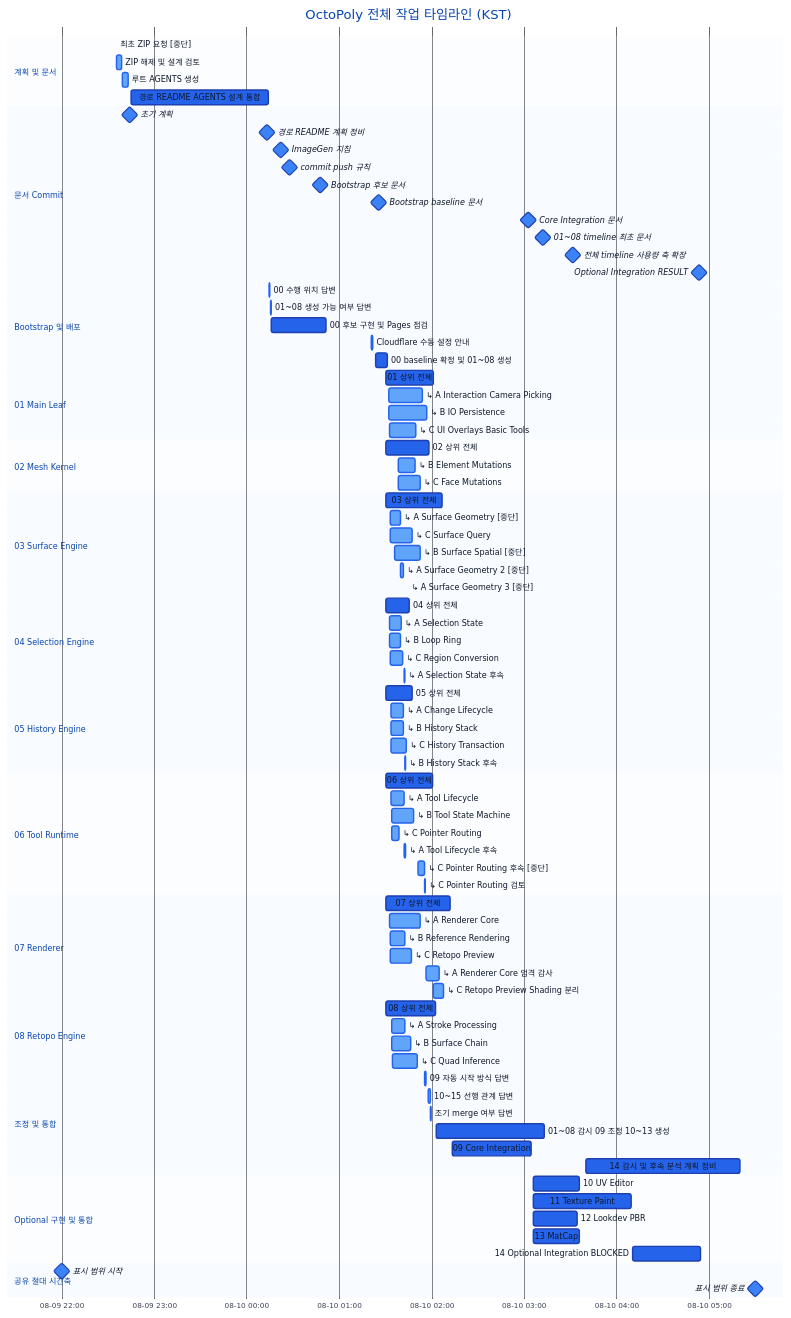
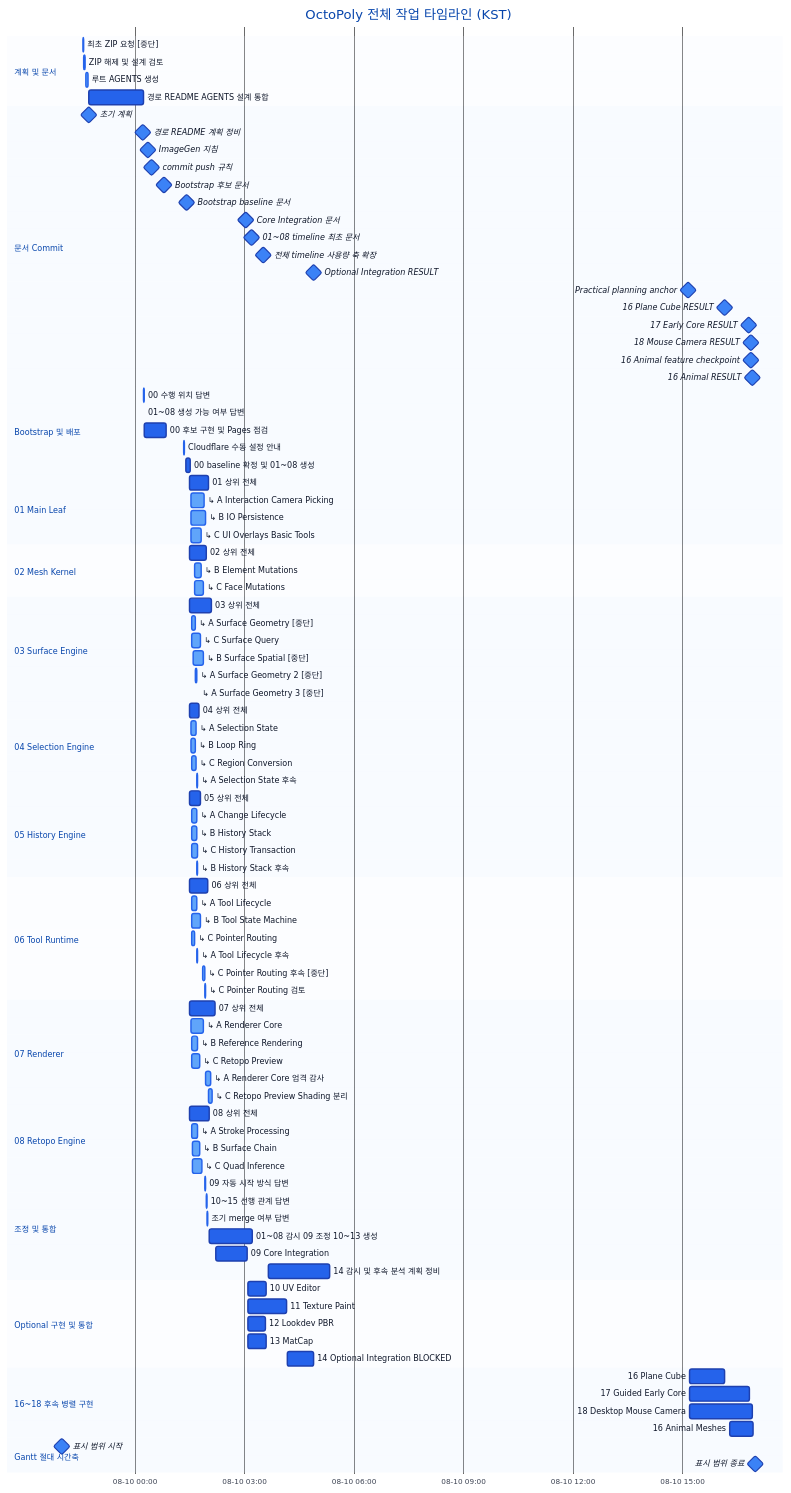
One commit to octopus7/octopoly changed the diagram in docs/workplan/OCTOPOLY_TASK_TIMELINE.md. Above: the diagram before and after it, drawn with Mermaid. The commit also changed other lines of this file, not shown here.

Commit message:
[verified] docs: update workstream timeline

````diff
--- a/docs/workplan/OCTOPOLY_TASK_TIMELINE.md
+++ b/docs/workplan/OCTOPOLY_TASK_TIMELINE.md
@@ -158,6 +193,12 @@
     01~08 timeline 최초 문서            :milestone, m08, 2026-08-10 03:12:07, 0s
     전체 timeline 사용량 축 확장        :milestone, m09, 2026-08-10 03:31:21, 0s
     Optional Integration RESULT         :milestone, m10, 2026-08-10 04:53:41, 0s
+    Practical planning anchor           :milestone, m11, 2026-08-10 15:09:57, 0s
+    16 Plane Cube RESULT                :milestone, m12, 2026-08-10 16:10:09, 0s
+    17 Early Core RESULT                :milestone, m13, 2026-08-10 16:49:01, 0s
+    18 Mouse Camera RESULT              :milestone, m14, 2026-08-10 16:52:35, 0s
+    16 Animal feature checkpoint        :milestone, m15, 2026-08-10 16:52:52, 0s
+    16 Animal RESULT                    :milestone, m16, 2026-08-10 16:54:45, 0s
 
     section Bootstrap 및 배포
     00 수행 위치 답변                   :done, q01, 2026-08-10 00:14:41, 19s
@@ -237,7 +278,13 @@
     13 MatCap                           :crit, o13, 2026-08-10 03:06:10, 1782s
     14 Optional Integration BLOCKED     :crit, o14, 2026-08-10 04:10:33, 2632s
 
-    section 공유 절대 시간축
+    section 16~18 후속 병렬 구현
+    16 Plane Cube                       :crit, f16a, 2026-08-10 15:11:31, 3518s
+    17 Guided Early Core                :crit, f17e, 2026-08-10 15:11:31, 5908s
+    18 Desktop Mouse Camera             :crit, f18, 2026-08-10 15:11:31, 6202s
+    16 Animal Meshes                    :crit, f16b, 2026-08-10 16:17:43, 2298s
+
+    section Gantt 절대 시간축
     표시 범위 시작                     :milestone, rangeStart, 2026-08-09 22:00:00, 0s
-    표시 범위 종료                     :milestone, rangeEnd, 2026-08-10 05:30:00, 0s
+    표시 범위 종료                     :milestone, rangeEnd, 2026-08-10 17:00:00, 0s
 ```
````
